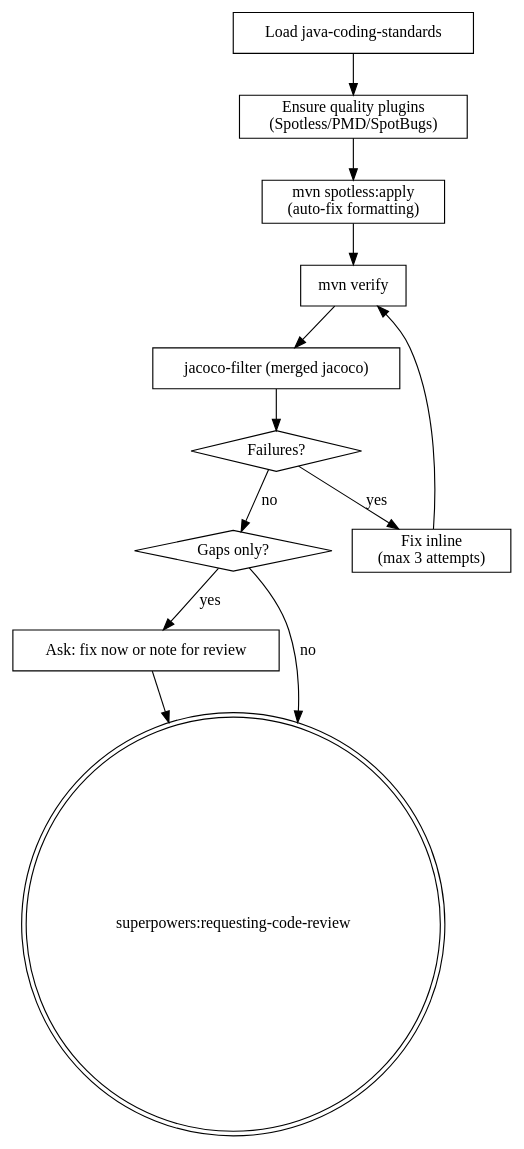
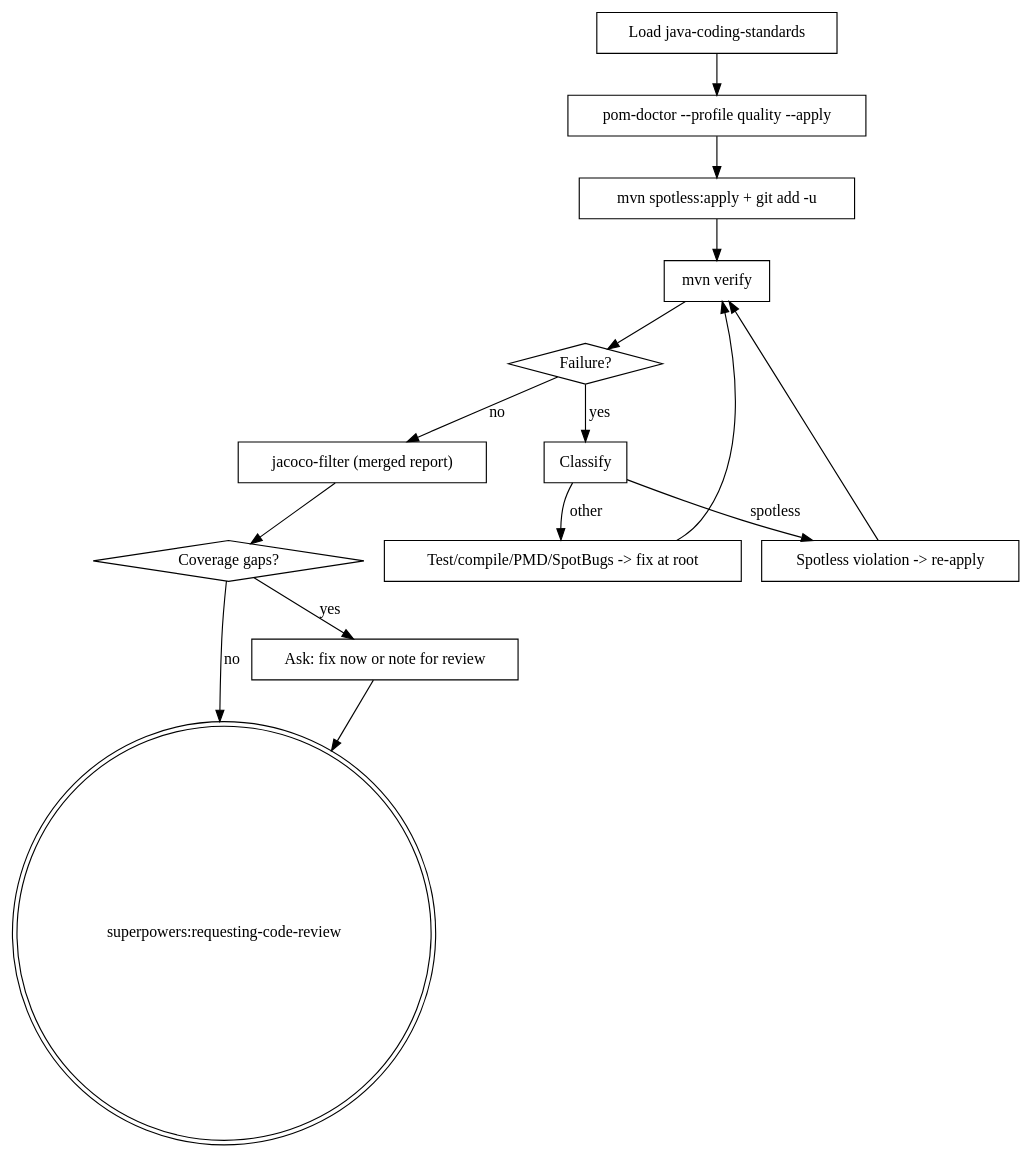
The diagram in skills/java-verify/SKILL.md (honghaowuu/jkit), drawn with Graphviz before and after one commit. The commit also changed other lines of this file and 4 other files, not shown here.

````diff
--- a/skills/java-verify/SKILL.md
+++ b/skills/java-verify/SKILL.md
@@ -19,26 +23,31 @@
 ```dot
 digraph java_verify {
     "Load java-coding-standards" [shape=box];
-    "Ensure quality plugins\n(Spotless/PMD/SpotBugs)" [shape=box];
-    "mvn spotless:apply\n(auto-fix formatting)" [shape=box];
+    "pom-doctor --profile quality --apply" [shape=box];
+    "mvn spotless:apply + git add -u" [shape=box];
     "mvn verify" [shape=box];
-    "jacoco-filter (merged jacoco)" [shape=box];
-    "Failures?" [shape=diamond];
-    "Fix inline\n(max 3 attempts)" [shape=box];
-    "Gaps only?" [shape=diamond];
+    "Failure?" [shape=diamond];
+    "Classify" [shape=box];
+    "Spotless violation -> re-apply" [shape=box];
+    "Test/compile/PMD/SpotBugs -> fix at root" [shape=box];
+    "jacoco-filter (merged report)" [shape=box];
+    "Coverage gaps?" [shape=diamond];
     "Ask: fix now or note for review" [shape=box];
     "superpowers:requesting-code-review" [shape=doublecircle];
 
-    "Load java-coding-standards" -> "Ensure quality plugins\n(Spotless/PMD/SpotBugs)";
-    "Ensure quality plugins\n(Spotless/PMD/SpotBugs)" -> "mvn spotless:apply\n(auto-fix formatting)";
-    "mvn spotless:apply\n(auto-fix formatting)" -> "mvn verify";
-    "mvn verify" -> "jacoco-filter (merged jacoco)";
-    "jacoco-filter (merged jacoco)" -> "Failures?";
-    "Failures?" -> "Fix inline\n(max 3 attempts)" [label="yes"];
-    "Fix inline\n(max 3 attempts)" -> "mvn verify";
-    "Failures?" -> "Gaps only?" [label="no"];
-    "Gaps only?" -> "Ask: fix now or note for review" [label="yes"];
-    "Gaps only?" -> "superpowers:requesting-code-review" [label="no"];
+    "Load java-coding-standards" -> "pom-doctor --profile quality --apply";
+    "pom-doctor --profile quality --apply" -> "mvn spotless:apply + git add -u";
+    "mvn spotless:apply + git add -u" -> "mvn verify";
+    "mvn verify" -> "Failure?";
+    "Failure?" -> "Classify" [label="yes"];
+    "Classify" -> "Spotless violation -> re-apply" [label="spotless"];
+    "Classify" -> "Test/compile/PMD/SpotBugs -> fix at root" [label="other"];
+    "Spotless violation -> re-apply" -> "mvn verify";
+    "Test/compile/PMD/SpotBugs -> fix at root" -> "mvn verify";
+    "Failure?" -> "jacoco-filter (merged report)" [label="no"];
+    "jacoco-filter (merged report)" -> "Coverage gaps?";
+    "Coverage gaps?" -> "Ask: fix now or note for review" [label="yes"];
+    "Coverage gaps?" -> "superpowers:requesting-code-review" [label="no"];
     "Ask: fix now or note for review" -> "superpowers:requesting-code-review";
 }
 ```
````
